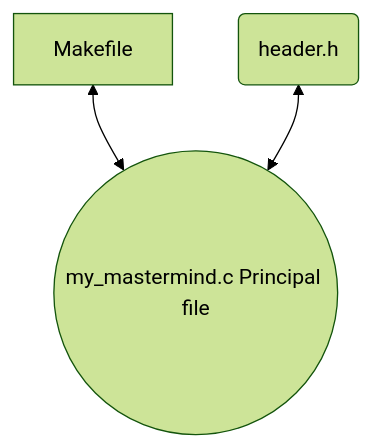
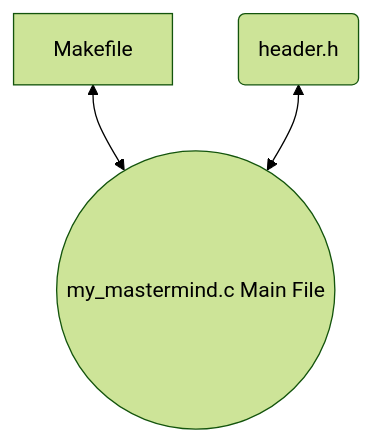
Before and after one commit to EliasFCS/Colint-School: the diagram in B1_(2026-2027)/B1_Evaluations/My_Mastermind/README.md, drawn with Mermaid (forest theme).

Commit message:
Docs: Mastermind Readme.md Optimisation

````diff
--- a/B1_(2026-2027)/B1_Evaluations/My_Mastermind/README.md
+++ b/B1_(2026-2027)/B1_Evaluations/My_Mastermind/README.md
@@ -610,6 +610,6 @@
 ```mermaid
 flowchart BT
-    Root((my_mastermind.c Principal file))
+    Root((my_mastermind.c Main File))
     Root <--> B1_1[Makefile]
     Root <--> B1_2(header.h)
 ```
````
